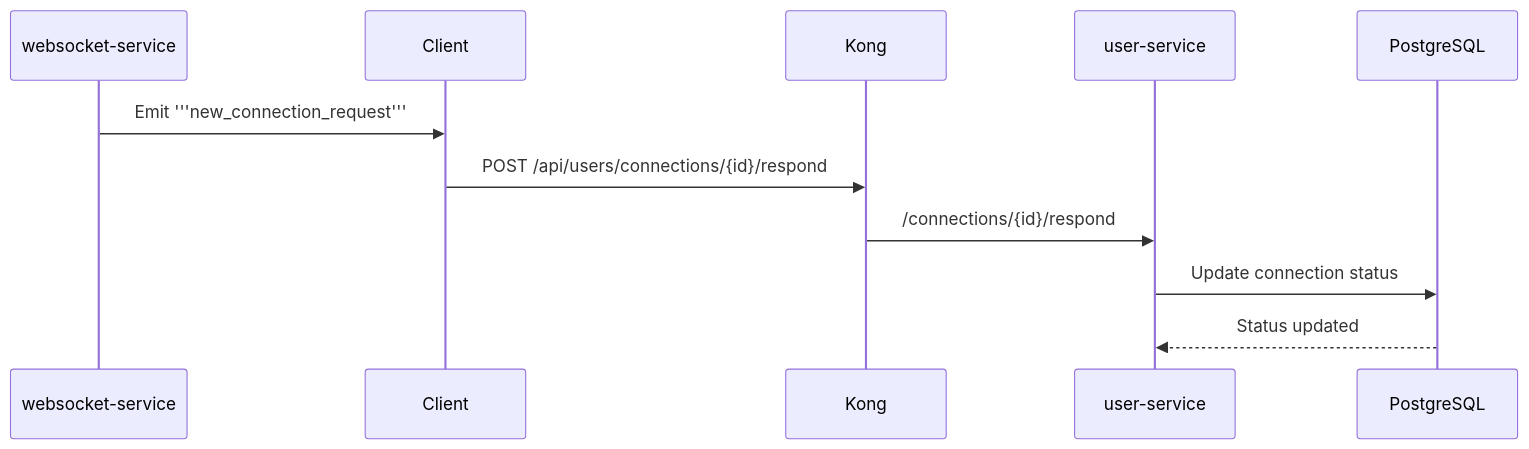
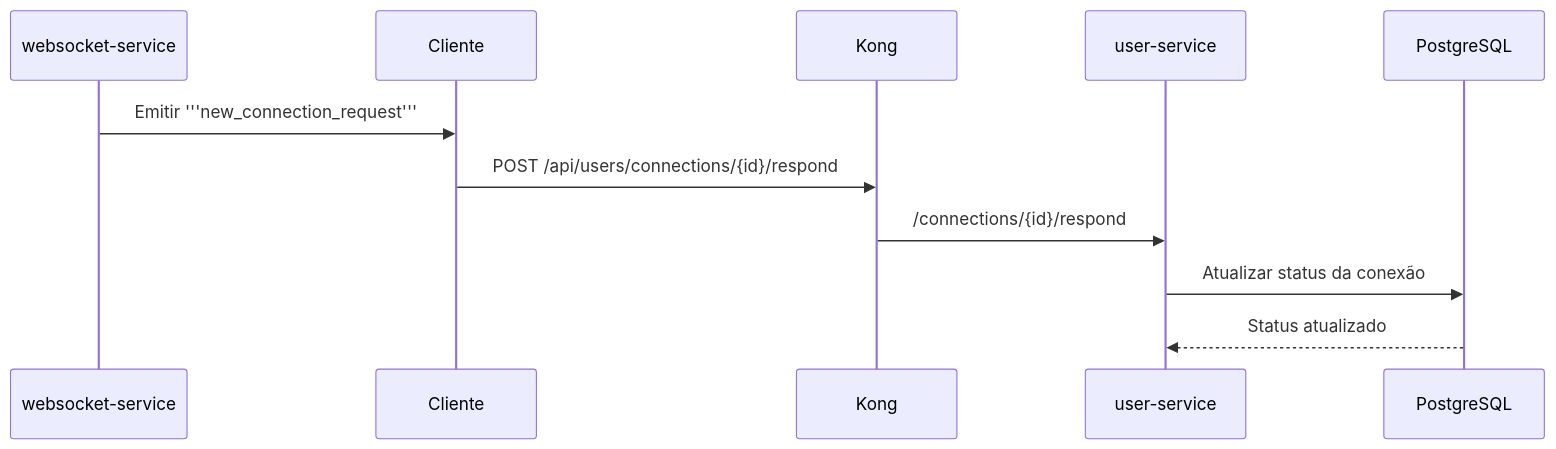
Before and after one commit to Thiagoldo/pos-unifametro-backend: the ninth of 16 diagrams in docs/diagrams.md, drawn with Mermaid. The commit also changed other lines of this file, not shown here.

Commit message:
docs: translate diagrams.md to portuguese

````diff
--- a/docs/diagrams.md
+++ b/docs/diagrams.md
@@ -147,14 +147,14 @@
 ```mermaid
 sequenceDiagram
     participant websocket-service
-    participant Client
+    participant Cliente
     participant Kong
     participant user-service
     participant PostgreSQL
 
-    websocket-service->>Client: Emit '''new_connection_request'''
-    Client->>Kong: POST /api/users/connections/{id}/respond
+    websocket-service->>Cliente: Emitir '''new_connection_request'''
+    Cliente->>Kong: POST /api/users/connections/{id}/respond
     Kong->>user-service: /connections/{id}/respond
-    user-service->>PostgreSQL: Update connection status
-    PostgreSQL-->>user-service: Status updated
+    user-service->>PostgreSQL: Atualizar status da conexão
+    PostgreSQL-->>user-service: Status atualizado
 ```
````
